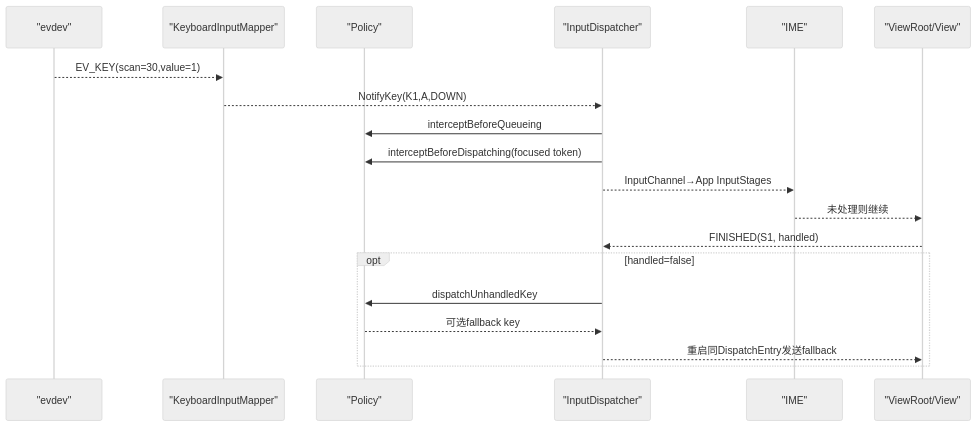
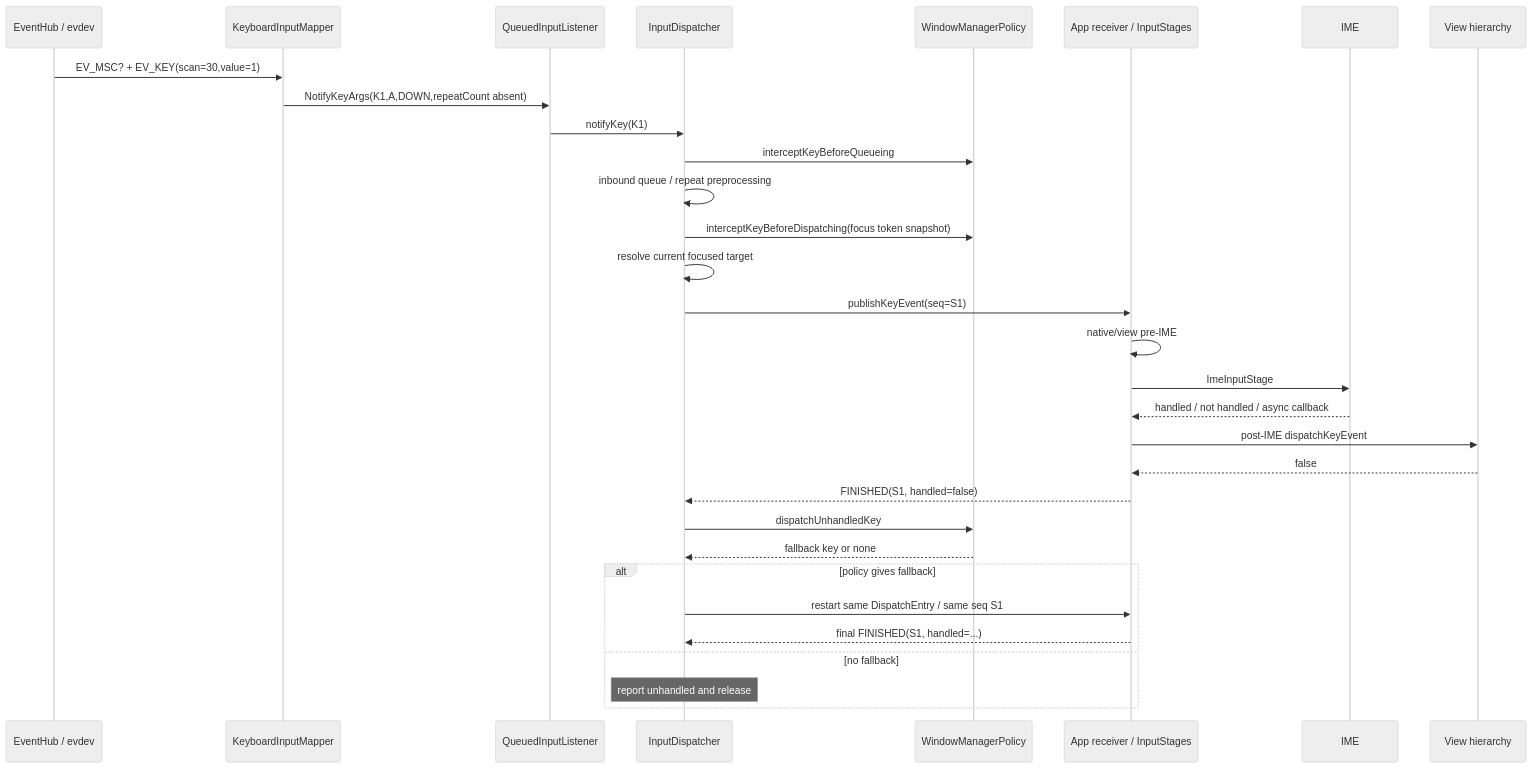
One commit to junyingzhao001/StudyNotes changed the first of 2 diagrams in Android源码学习/196-Android完整Key事件源码实战追踪.md. Above: the diagram before and after it, drawn with Mermaid (neutral theme). The commit also changed other lines of this file and 116 other files, not shown here.

````diff
--- a/Android源码学习/196-Android完整Key事件源码实战追踪.md
+++ b/Android源码学习/196-Android完整Key事件源码实战追踪.md
@@ -26,21 +35,34 @@
 ```mermaid
 sequenceDiagram
-  participant K as "evdev"
-  participant R as "KeyboardInputMapper"
-  participant P as "Policy"
-  participant D as "InputDispatcher"
-  participant I as "IME"
-  participant V as "ViewRoot/View"
-  K-->>R: EV_KEY(scan=30,value=1)
-  R-->>D: NotifyKey(K1,A,DOWN)
-  D->>P: interceptBeforeQueueing
-  D->>P: interceptBeforeDispatching(focused token)
-  D-->>I: InputChannel→App InputStages
-  I-->>V: 未处理则继续
-  V-->>D: FINISHED(S1, handled)
-  opt handled=false
+    participant E as EventHub / evdev
+    participant M as KeyboardInputMapper
+    participant Q as QueuedInputListener
+    participant D as InputDispatcher
+    participant P as WindowManagerPolicy
+    participant A as App receiver / InputStages
+    participant I as IME
+    participant V as View hierarchy
+
+    E->>M: EV_MSC? + EV_KEY(scan=30,value=1)
+    M->>Q: NotifyKeyArgs(K1,A,DOWN,repeatCount absent)
+    Q->>D: notifyKey(K1)
+    D->>P: interceptKeyBeforeQueueing
+    D->>D: inbound queue / repeat preprocessing
+    D->>P: interceptKeyBeforeDispatching(focus token snapshot)
+    D->>D: resolve current focused target
+    D->>A: publishKeyEvent(seq=S1)
+    A->>A: native/view pre-IME
+    A->>I: ImeInputStage
+    I-->>A: handled / not handled / async callback
+    A->>V: post-IME dispatchKeyEvent
+    V-->>A: false
+    A-->>D: FINISHED(S1, handled=false)
     D->>P: dispatchUnhandledKey
-    P-->>D: 可选fallback key
-    D-->>V: 重启同DispatchEntry发送fallback
-  end
+    P-->>D: fallback key or none
+    alt policy gives fallback
+        D->>A: restart same DispatchEntry / same seq S1
+        A-->>D: final FINISHED(S1, handled=...)
+    else no fallback
+        Note over D: report unhandled and release
+    end
 ```
````
